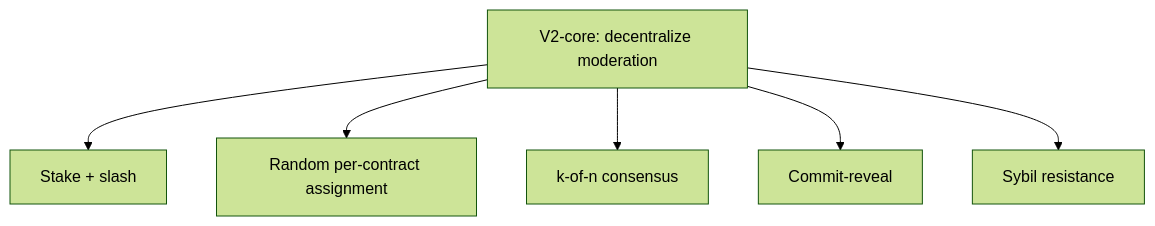
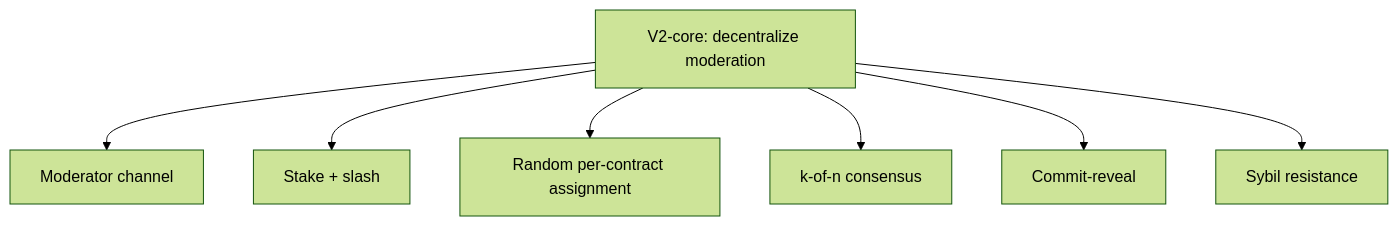
One commit to zubayr1/desc changed the fifth of 5 diagrams in feature-doc.md. Above: the diagram before and after it, drawn with Mermaid (forest theme). The commit also changed other lines of this file and 9 other files, not shown here.

````diff
--- a/feature-doc.md
+++ b/feature-doc.md
@@ -242,8 +242,9 @@
 ```mermaid
 flowchart TD
-    A[V2-core: decentralize moderation] --> B[Stake + slash]
+    A[V2-core: decentralize moderation] --> G[Moderator channel]
+    A --> B[Stake + slash]
     A --> C[Random per-contract assignment]
     A --> D[k-of-n consensus]
     A --> E[Commit-reveal]
     A --> F[Sybil resistance]
 ```
````
